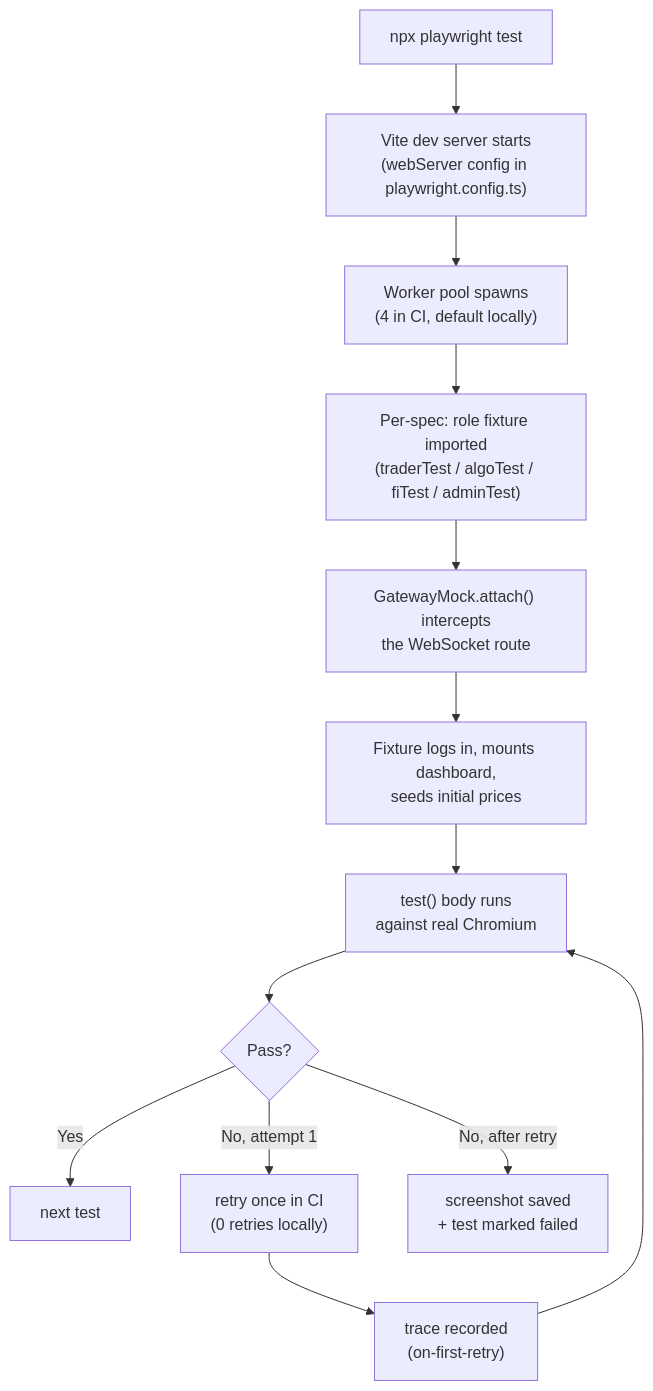
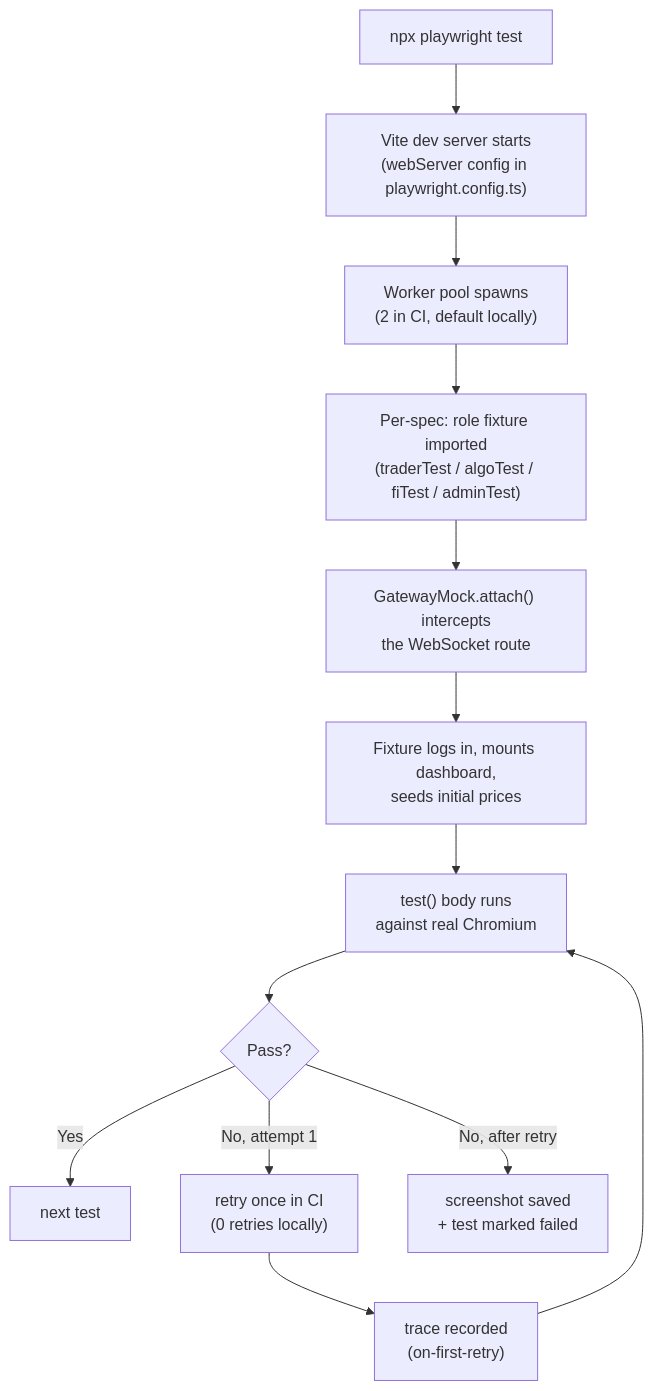
One commit to milesburton/veta-trading-platform changed the diagram in docs/site/src/content/docs/development/testing/playwright.mdx. Above: the diagram before and after it, drawn with Mermaid. The commit also changed other lines of this file and 6 other files, not shown here.

````diff
--- a/docs/site/src/content/docs/development/testing/playwright.mdx
+++ b/docs/site/src/content/docs/development/testing/playwright.mdx
@@ -40,15 +43,15 @@
 ```mermaid
 graph TD
     A["npx playwright test"] --> B["Vite dev server starts<br/>(webServer config in playwright.config.ts)"]
-    B --> C["Worker pool spawns<br/>(4 in CI, default locally)"]
+    B --> C["Worker pool spawns<br/>(2 in CI, default locally)"]
     C --> D["Per-spec: role fixture imported<br/>(traderTest / algoTest / fiTest / adminTest)"]
     D --> E["GatewayMock.attach() intercepts<br/>the WebSocket route"]
     E --> F["Fixture logs in, mounts dashboard,<br/>seeds initial prices"]
     F --> G["test() body runs<br/>against real Chromium"]
     G --> H{Pass?}
     H -->|Yes| I["next test"]
     H -->|No, attempt 1| J["retry once in CI<br/>(0 retries locally)"]
     J --> K["trace recorded<br/>(on-first-retry)"]
     K --> G
     H -->|No, after retry| L["screenshot saved<br/>+ test marked failed"]
 ```
````
